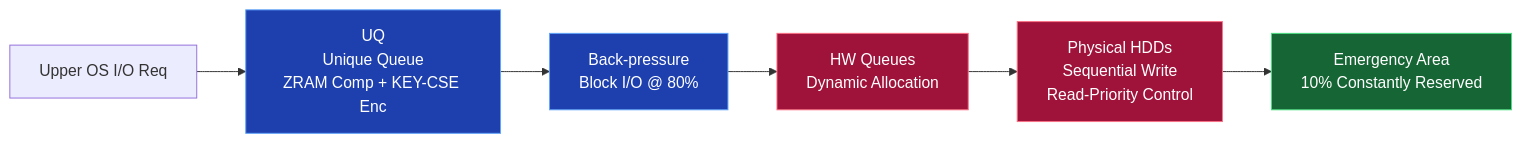
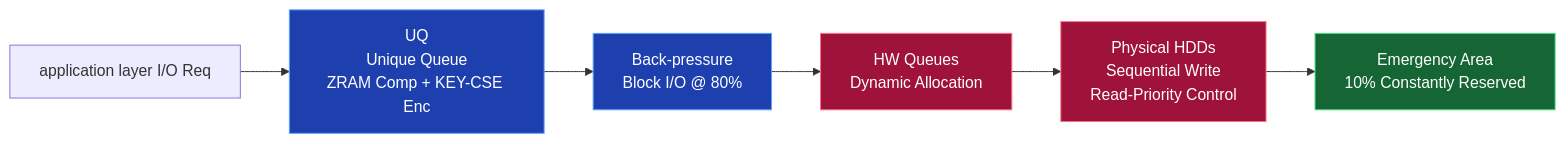
Before and after one commit to elementary-particles-Man/TUFF-OS-ISO: the second of 5 diagrams in MANUALS/TUFF-OS_Detailed_Technical_Manual.md, drawn with Mermaid. The commit also changed other lines of this file and 41 other files, not shown here.

Commit message:
DOCS: Comprehensive overhaul of manuals to reflect Pure Rust Bare-metal Sovereign Core and ZRAM architecture.

````diff
--- a/MANUALS/TUFF-OS_Detailed_Technical_Manual.md
+++ b/MANUALS/TUFF-OS_Detailed_Technical_Manual.md
@@ -41,16 +41,16 @@
 ```mermaid
 flowchart LR
-    A[Upper OS I/O Req] --> B[UQ\nUnique Queue\nZRAM Comp + KEY-CSE Enc]
+    A[application layer I/O Req] --> B[UQ\nUnique Queue\nZRAM Comp + KEY-CSE Enc]
     B --> C[Back-pressure\nBlock I/O @ 80%]
     C --> D[HW Queues\nDynamic Allocation]
     D --> E[Physical HDDs\nSequential Write\nRead-Priority Control]
     E --> F[Emergency Area\n10% Constantly Reserved]
 
     classDef queue fill:#1e40af,color:#fff,stroke:#60a5fa
     classDef crypto fill:#166534,color:#fff,stroke:#4ade80
     classDef hw fill:#9f1239,color:#fff,stroke:#fb7185
 
     class B,C queue
     class D,E hw
     class F crypto
 ```
````
